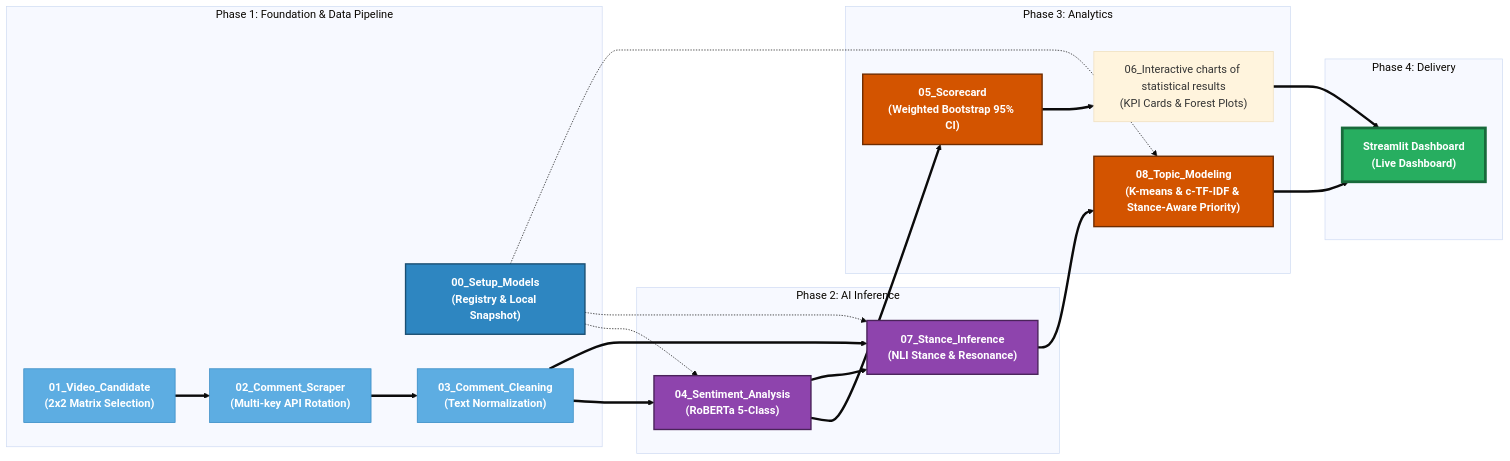
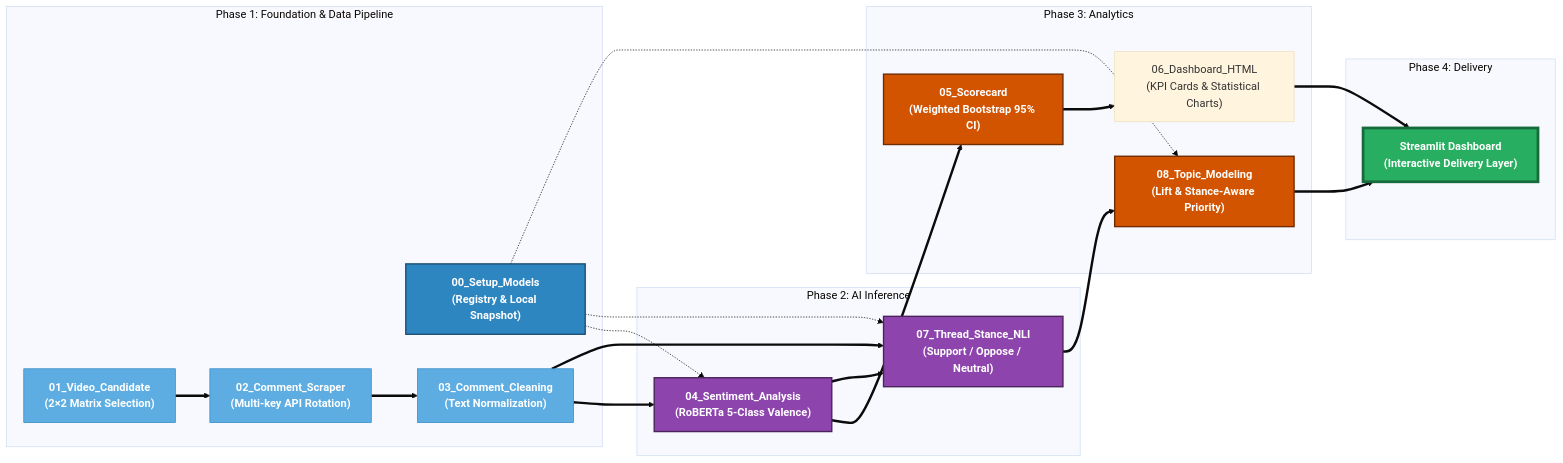
One commit to MangoSh0o-0719/brand-crisis-attribution-engine changed the diagram in readme.md. Above: the diagram before and after it, drawn with Mermaid (base theme). The commit also changed other lines of this file, not shown here.

````diff
--- a/readme.md
+++ b/readme.md
@@ -14,47 +90,43 @@
 ```mermaid
 graph LR
-    %% 全局样式定义：高对比度白色文字
     classDef infra fill:#2E86C1,stroke:#1B4F72,stroke-width:2px,color:#fff,font-weight:bold;
     classDef eng fill:#5DADE2,stroke:#2E86C1,stroke-width:1px,color:#fff,font-weight:bold;
     classDef ai fill:#8E44AD,stroke:#4A235A,stroke-width:2px,color:#fff,font-weight:bold;
     classDef stat fill:#D35400,stroke:#6E2C00,stroke-width:2px,color:#fff,font-weight:bold;
     classDef app fill:#27AE60,stroke:#186A3B,stroke-width:4px,color:#fff,font-weight:bold;
 
     subgraph P1 ["Phase 1: Foundation & Data Pipeline"]
         00["00_Setup_Models<br/>(Registry & Local Snapshot)"]
-        01["01_Video_Candidate<br/>(2x2 Matrix Selection)"]
+        01["01_Video_Candidate<br/>(2×2 Matrix Selection)"]
         02["02_Comment_Scraper<br/>(Multi-key API Rotation)"]
         03["03_Comment_Cleaning<br/>(Text Normalization)"]
     end
 
     subgraph P2 ["Phase 2: AI Inference"]
-        04["04_Sentiment_Analysis<br/>(RoBERTa 5-Class)"]
-        07["07_Stance_Inference<br/>(NLI Stance & Resonance)"]
+        04["04_Sentiment_Analysis<br/>(RoBERTa 5-Class Valence)"]
+        07["07_Thread_Stance_NLI<br/>(Support / Oppose / Neutral)"]
     end
 
     subgraph P3 ["Phase 3: Analytics"]
         05["05_Scorecard<br/>(Weighted Bootstrap 95% CI)"]
-        08["08_Topic_Modeling<br/>(K-means & c-TF-IDF & Stance-Aware Priority)"]
-        06["06_Interactive charts of statistical results<br/>(KPI Cards & Forest Plots)"]
+        08["08_Topic_Modeling<br/>(Lift & Stance-Aware Priority)"]
+        06["06_Dashboard_HTML<br/>(KPI Cards & Statistical Charts)"]
     end
 
     subgraph P4 ["Phase 4: Delivery"]
-        App["Streamlit Dashboard<br/>(Live Dashboard)"]
+        App["Streamlit Dashboard<br/>(Interactive Delivery Layer)"]
     end
 
-    %% 核心数据流
     01 ==> 02 ==> 03 ==> 04 ==> 05 ==> 06 ==> App
     03 ==> 07
     04 ==> 07 ==> 08 ==> App
     00 -.-> 04
     00 -.-> 07
     00 -.-> 08
 
-    %% 应用样式
     class 00 infra;
     class 01,02,03 eng;
     class 04,07 ai;
     class 05,08 stat;
-    class 06 deliver;
     class App app;
 ```
````
